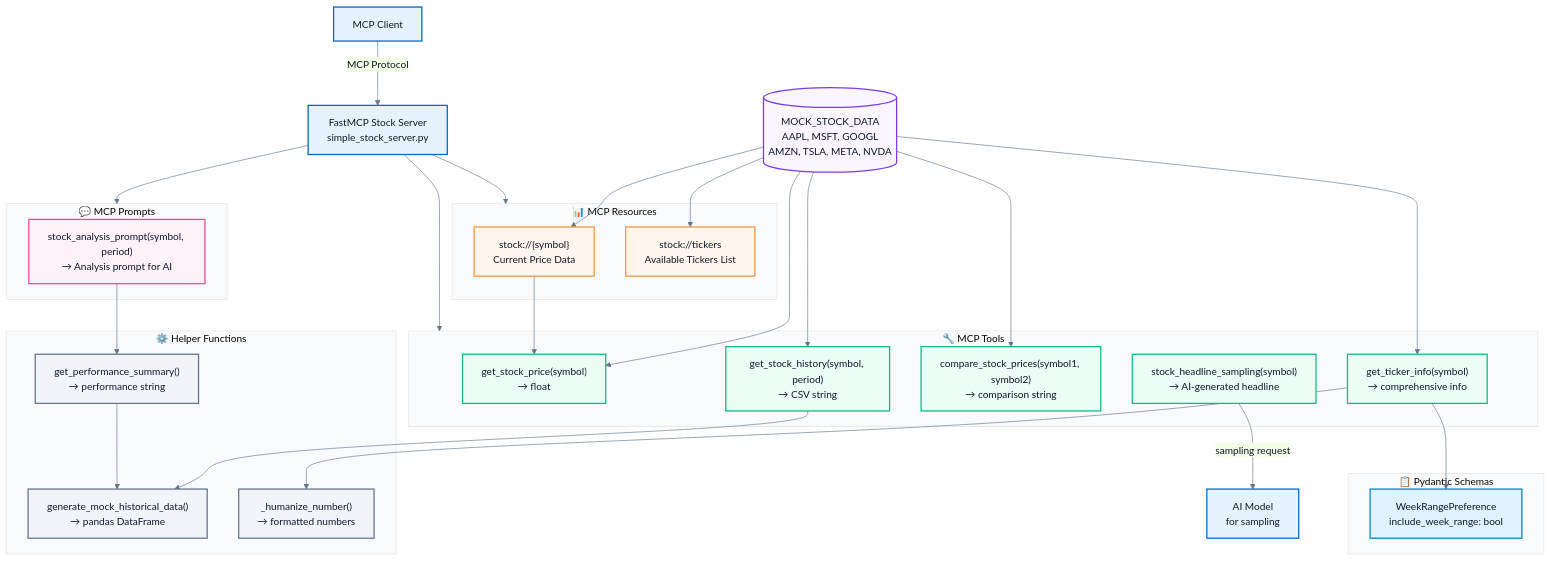
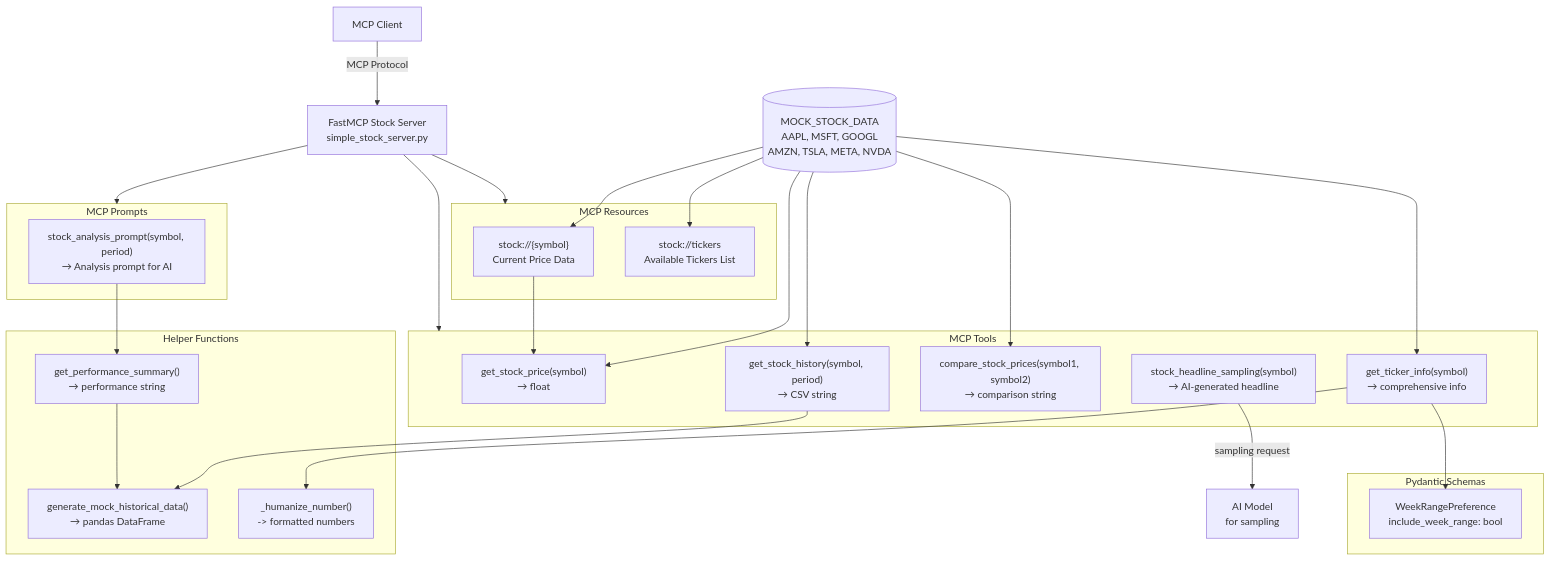
Before and after one commit to huangyingting/mcp-workshop: the third of 5 diagrams in README.md, drawn with Mermaid. The commit also changed other lines of this file, not shown here.

````diff
--- a/README.md
+++ b/README.md
@@ -439,12 +412,4 @@
 ```mermaid
-%%{init: {'theme': 'base', 'themeVariables': {
-  'fontFamily': 'Inter,Segoe UI,Arial,sans-serif',
-  'primaryColor': '#e6f3ff',
-  'primaryBorderColor': '#0066cc',
-  'primaryTextColor': '#0f172a',
-  'tertiaryColor': '#f8fafc',
-  'lineColor': '#64748b'
-}}}%%
 graph TB
     %% Main Server
     Server[FastMCP Stock Server<br/>simple_stock_server.py]
@@ -453,13 +418,13 @@
     MockData[(MOCK_STOCK_DATA<br/>AAPL, MSFT, GOOGL<br/>AMZN, TSLA, META, NVDA)]
     
     %% Resources
-    subgraph Resources["📊 MCP Resources"]
+    subgraph Resources ["MCP Resources"]
         StockResource["stock://{symbol}<br/>Current Price Data"]
         TickersResource["stock://tickers<br/>Available Tickers List"]
     end
     
     %% Tools
-    subgraph Tools["🔧 MCP Tools"]
+    subgraph Tools ["MCP Tools"]
         GetPrice["get_stock_price(symbol)<br/>→ float"]
         GetHistory["get_stock_history(symbol, period)<br/>→ CSV string"]
         CompareStocks["compare_stock_prices(symbol1, symbol2)<br/>→ comparison string"]
@@ -468,19 +433,19 @@
     end
     
     %% Prompts
-    subgraph Prompts["💬 MCP Prompts"]
+    subgraph Prompts ["MCP Prompts"]
         StockAnalysis["stock_analysis_prompt(symbol, period)<br/>→ Analysis prompt for AI"]
     end
     
     %% Helper Functions
-    subgraph Helpers["⚙️ Helper Functions"]
+    subgraph Helpers ["Helper Functions"]
         GenHistorical["generate_mock_historical_data()<br/>→ pandas DataFrame"]
         GetPerformance["get_performance_summary()<br/>→ performance string"]
-        HumanizeNumber["_humanize_number()<br/>→ formatted numbers"]
+        HumanizeNumber["_humanize_number()<br/>-&gt; formatted numbers"]
     end
     
     %% Schemas
-    subgraph Schemas["📋 Pydantic Schemas"]
+    subgraph Schemas ["Pydantic Schemas"]
         WeekRangeSchema["WeekRangePreference<br/>include_week_range: bool"]
     end
     
@@ -511,24 +476,5 @@
     HeadlineSampling -->|sampling request| AIModel
     
     %% Resource dependencies
-    StockResource --> GetPrice
-    
-    %% Styling
-    classDef serverClass fill:#e6f3ff,stroke:#0066cc,stroke-width:2px
-    classDef dataClass fill:#faf5ff,stroke:#7c3aed,stroke-width:2px
-    classDef toolClass fill:#ecfdf5,stroke:#10b981,stroke-width:2px
-    classDef resourceClass fill:#fff7ed,stroke:#fb923c,stroke-width:2px
-    classDef promptClass fill:#fdf2f8,stroke:#ec4899,stroke-width:2px
-    classDef helperClass fill:#f1f5f9,stroke:#64748b,stroke-width:2px
-    classDef schemaClass fill:#e0f2fe,stroke:#0284c7,stroke-width:2px
-    classDef externalClass fill:#e6f3ff,stroke:#0066cc,stroke-width:2px
-    
-    class Server serverClass
-    class MockData dataClass
-    class GetPrice,GetHistory,CompareStocks,GetTickerInfo,HeadlineSampling toolClass
-    class StockResource,TickersResource resourceClass
-    class StockAnalysis promptClass
-    class GenHistorical,GetPerformance,HumanizeNumber helperClass
-    class WeekRangeSchema schemaClass
-    class Client,AIModel externalClass
+    StockResource --> GetPrice    
 ```
````
